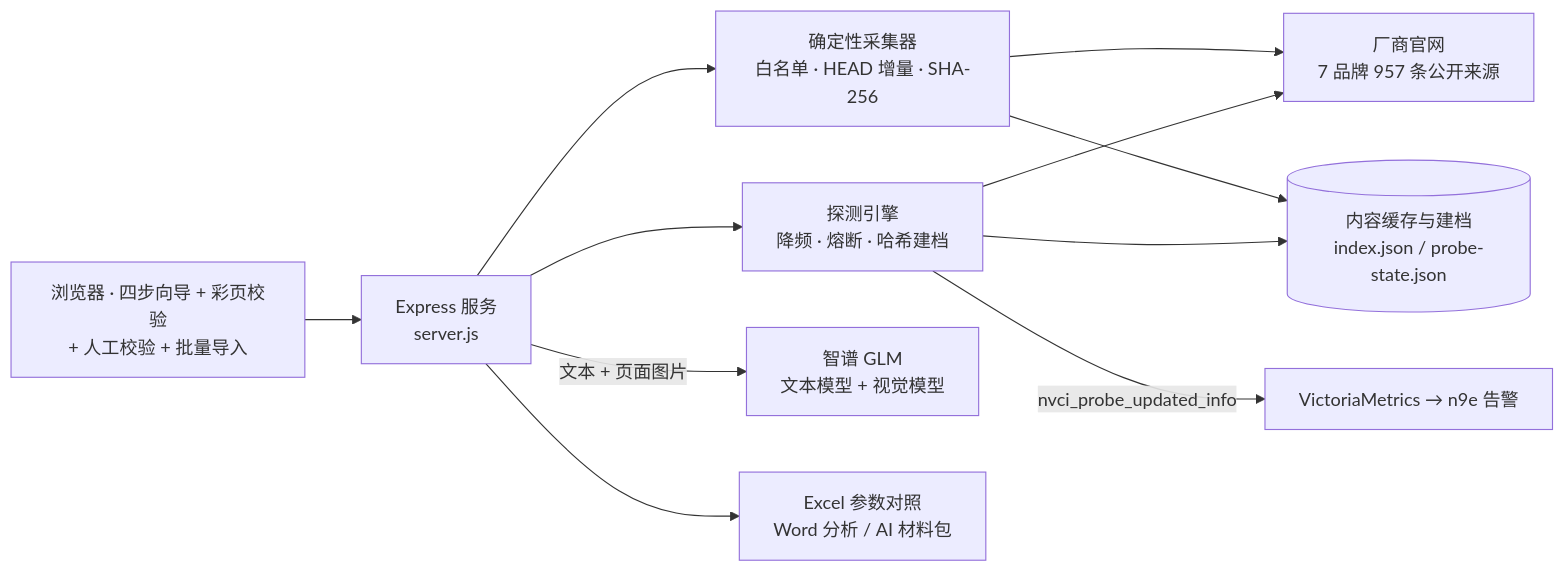
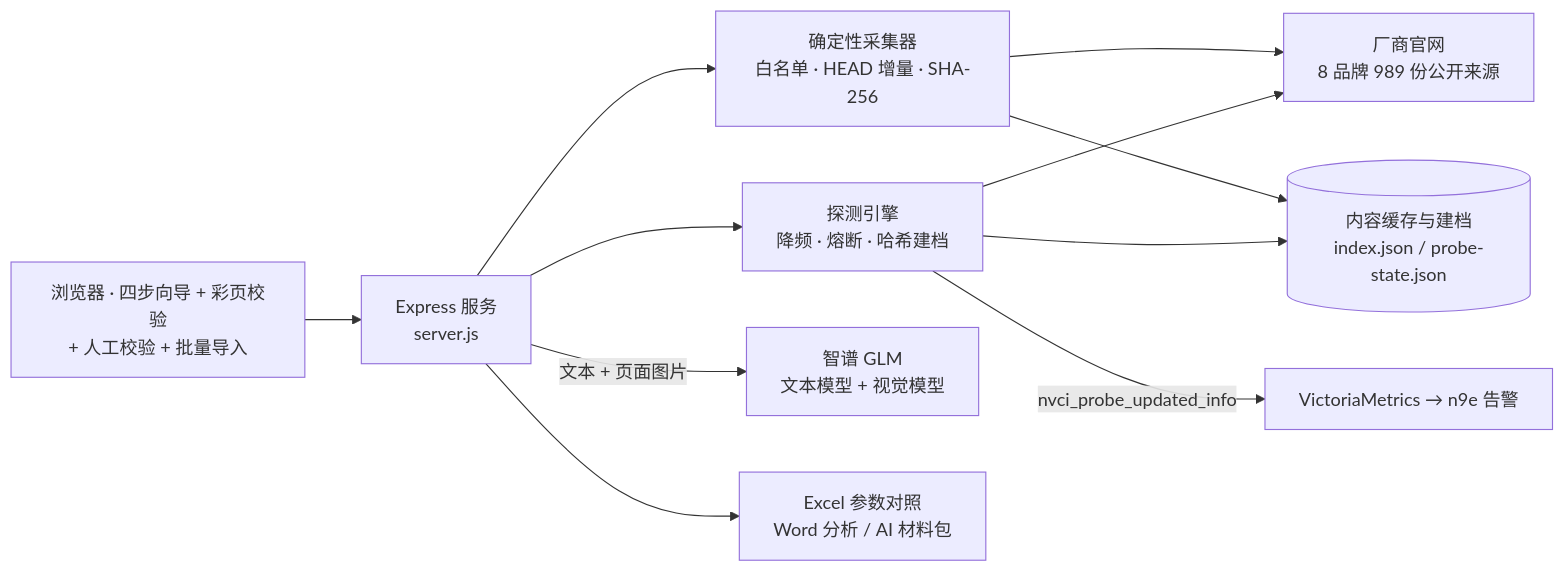
The diagram in README.md (apllozhang/nvci-lite), drawn with Mermaid before and after one commit. The commit also changed other lines of this file and 3 other files, not shown here.

````diff
--- a/README.md
+++ b/README.md
@@ -11,13 +12,13 @@
 ```mermaid
 flowchart LR
     W["浏览器 · 四步向导 + 彩页校验<br>+ 人工校验 + 批量导入"] --> S["Express 服务<br>server.js"]
     S --> DL["确定性采集器<br>白名单 · HEAD 增量 · SHA-256"]
-    DL --> V["厂商官网<br>7 品牌 957 条公开来源"]
+    DL --> V["厂商官网<br>8 品牌 989 份公开来源"]
     S --> PJ["探测引擎<br>降频 · 熔断 · 哈希建档"]
     PJ --> V
     DL --> D[("内容缓存与建档<br>index.json / probe-state.json")]
     PJ --> D
     S -->|"文本 + 页面图片"| G["智谱 GLM<br>文本模型 + 视觉模型"]
     S --> E["Excel 参数对照<br>Word 分析 / AI 材料包"]
     PJ -->|"nvci_probe_updated_info"| M["VictoriaMetrics → n9e 告警"]
 ```
````
